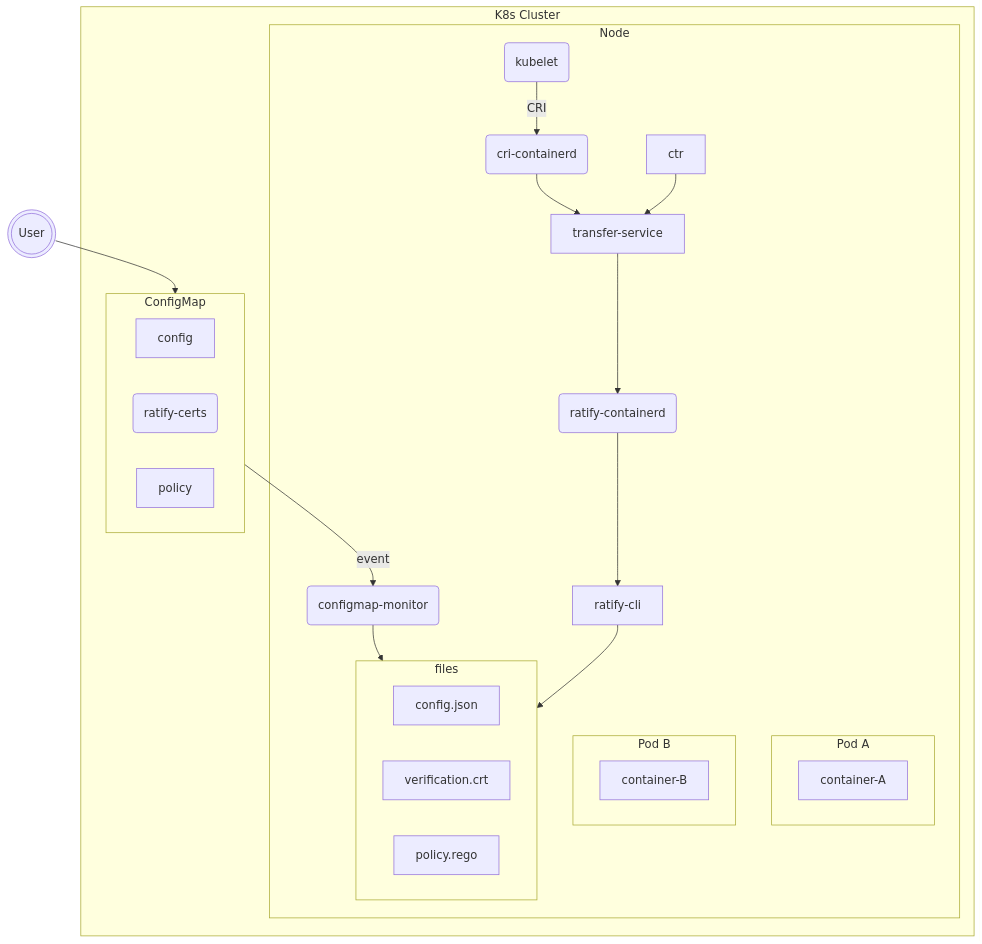
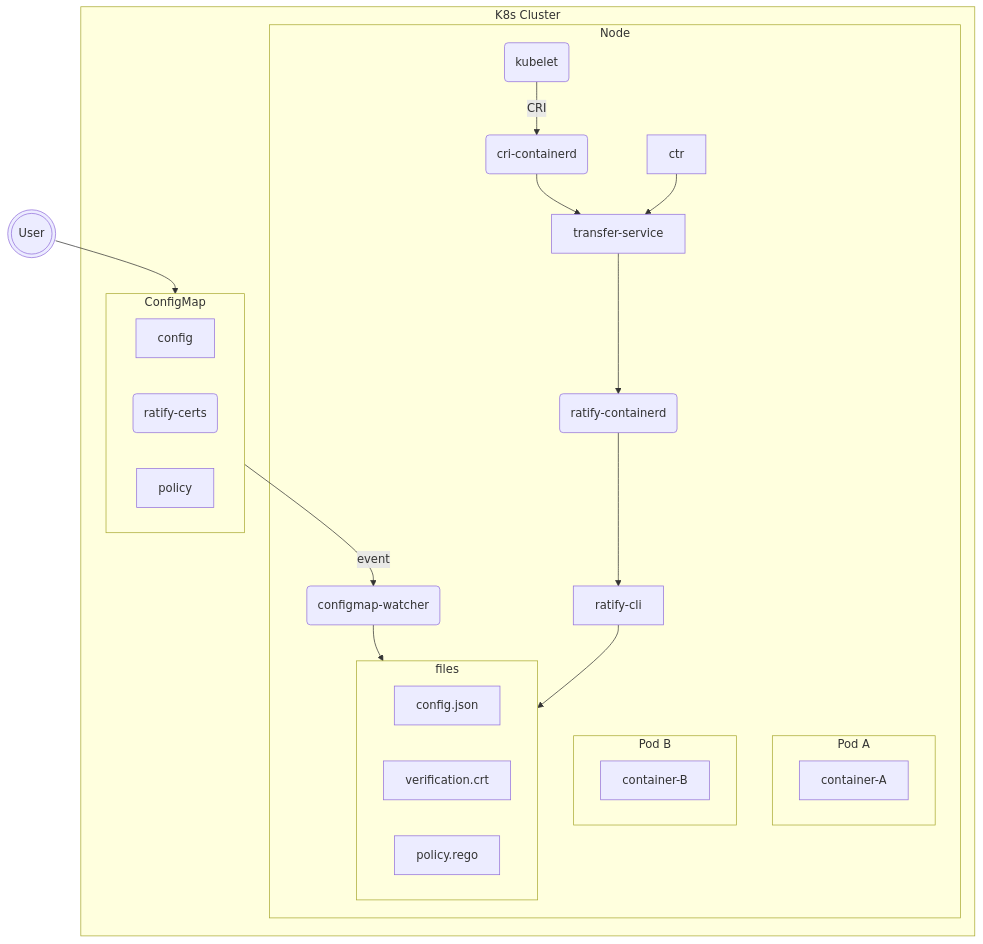
The second of 2 diagrams in docs/overview.md (notaryproject/ratify-containerd), drawn with Mermaid before and after one commit. The commit also changed other lines of this file and 3 other files, not shown here.

````diff
--- a/docs/overview.md
+++ b/docs/overview.md
@@ -71,41 +71,41 @@
 ```mermaid
 flowchart TD
 u(((User)))
 subgraph K8s Cluster
     subgraph ConfigMap
         config
         certs(ratify-certs)
         policy
     end
     subgraph Node
         subgraph Pod A
             container-A
         end
         subgraph Pod B
             container-B
         end
         k(kubelet)
         cri(cri-containerd)
         transfer-service
         ctr
-        cw(configmap-monitor)
+        cw(configmap-watcher)
         ratify-cli
         rc(ratify-containerd)
         subgraph files
             config.json
             verification.crt
             policy.rego
         end
     end
 end
 
 u --> ConfigMap
 ConfigMap --event--> cw
 cw --> files
 k --CRI--> cri
 cri --> transfer-service
 transfer-service --> rc
 ctr --> transfer-service
 rc --> ratify-cli
 ratify-cli --> files
 ```
````
